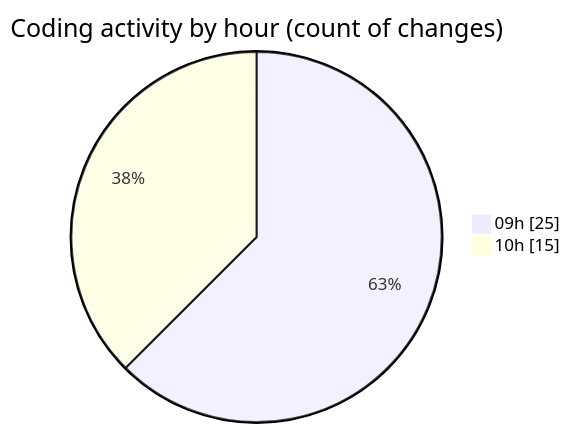
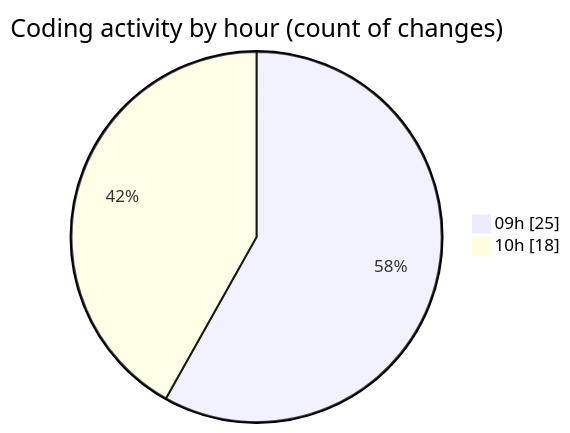
The second of 2 diagrams in 2025-03-13/cda/README.md (momahboobian/code-tracking), drawn with Mermaid before and after one commit. The commit also changed other lines of this file and 1 other file, not shown here.

````diff
--- a/2025-03-13/cda/README.md
+++ b/2025-03-13/cda/README.md
@@ -30,6 +30,6 @@
 ```mermaid
 pie showData
 title Coding activity by hour (count of changes)
 "09h" : 25
-"10h" : 15
+"10h" : 18
 ```
````
